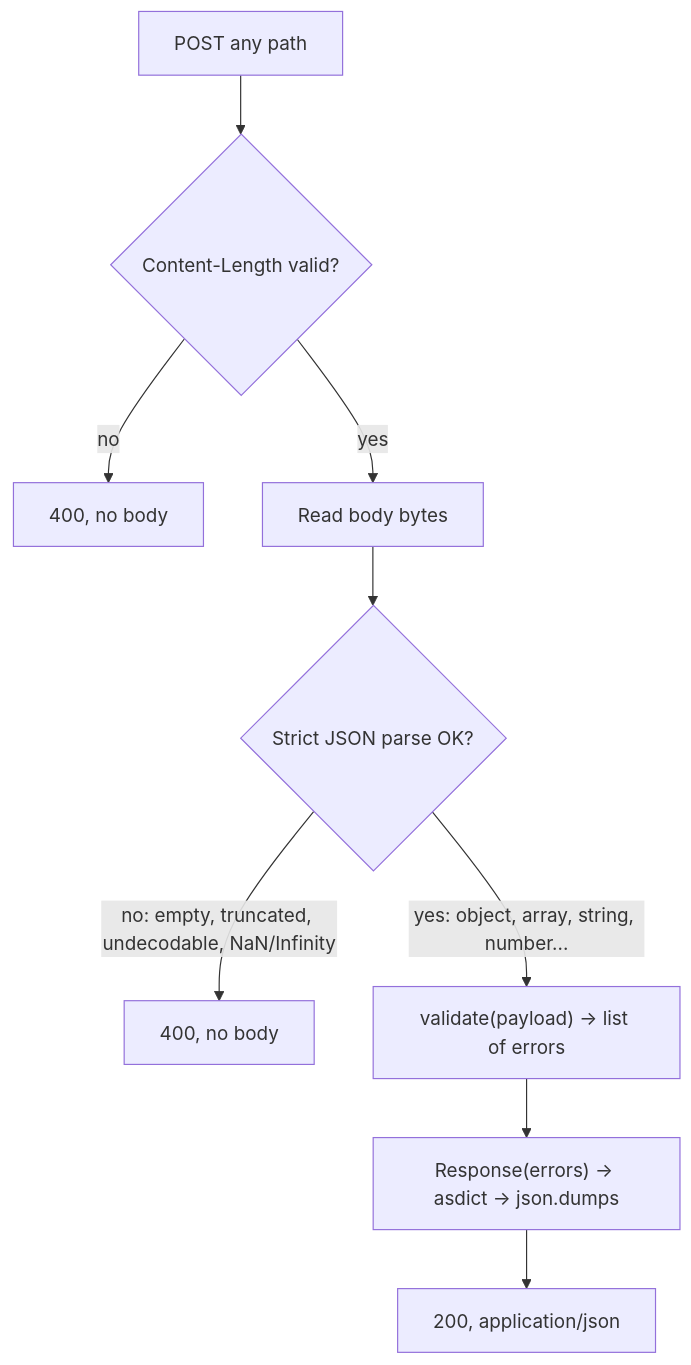
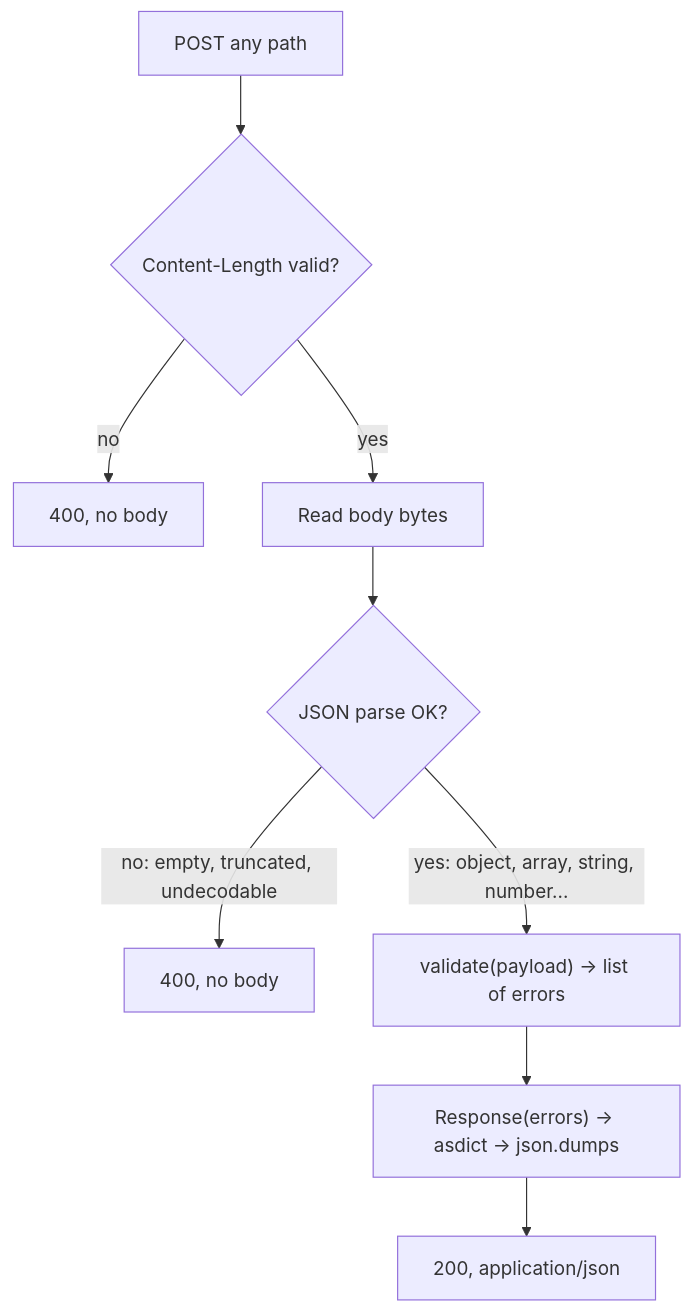
The diagram in docs/plans/2026-11-08-1718-feat-validation-response-shape-plan.md (Buroni/annotation-validator), drawn with Mermaid before and after one commit. The commit also changed other lines of this file and 2 other files, not shown here.

First line of the commit message:
fix: accept NaN and Infinity in request bodies

````diff
--- a/docs/plans/2026-11-08-1718-feat-validation-response-shape-plan.md
+++ b/docs/plans/2026-11-08-1718-feat-validation-response-shape-plan.md
@@ -109,11 +109,11 @@
 ```mermaid
 flowchart TB
   A[POST any path] --> B{Content-Length valid?}
   B -->|no| X1[400, no body]
   B -->|yes| C[Read body bytes]
-  C --> D{Strict JSON parse OK?}
-  D -->|no: empty, truncated, undecodable, NaN/Infinity| X2[400, no body]
+  C --> D{JSON parse OK?}
+  D -->|no: empty, truncated, undecodable| X2[400, no body]
   D -->|yes: object, array, string, number...| E["validate(payload) -> list of errors"]
   E --> F["Response(errors) -> asdict -> json.dumps"]
   F --> G[200, application/json]
 ```
````
